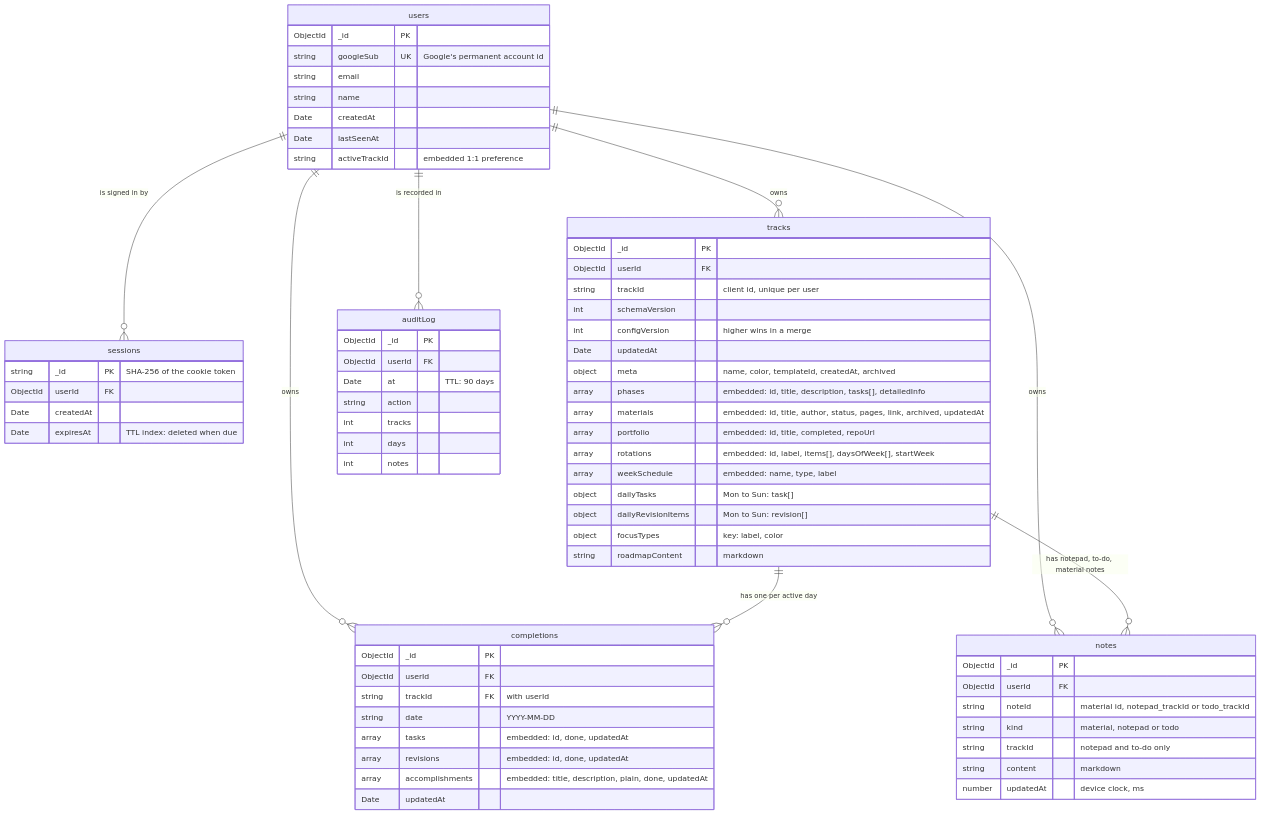
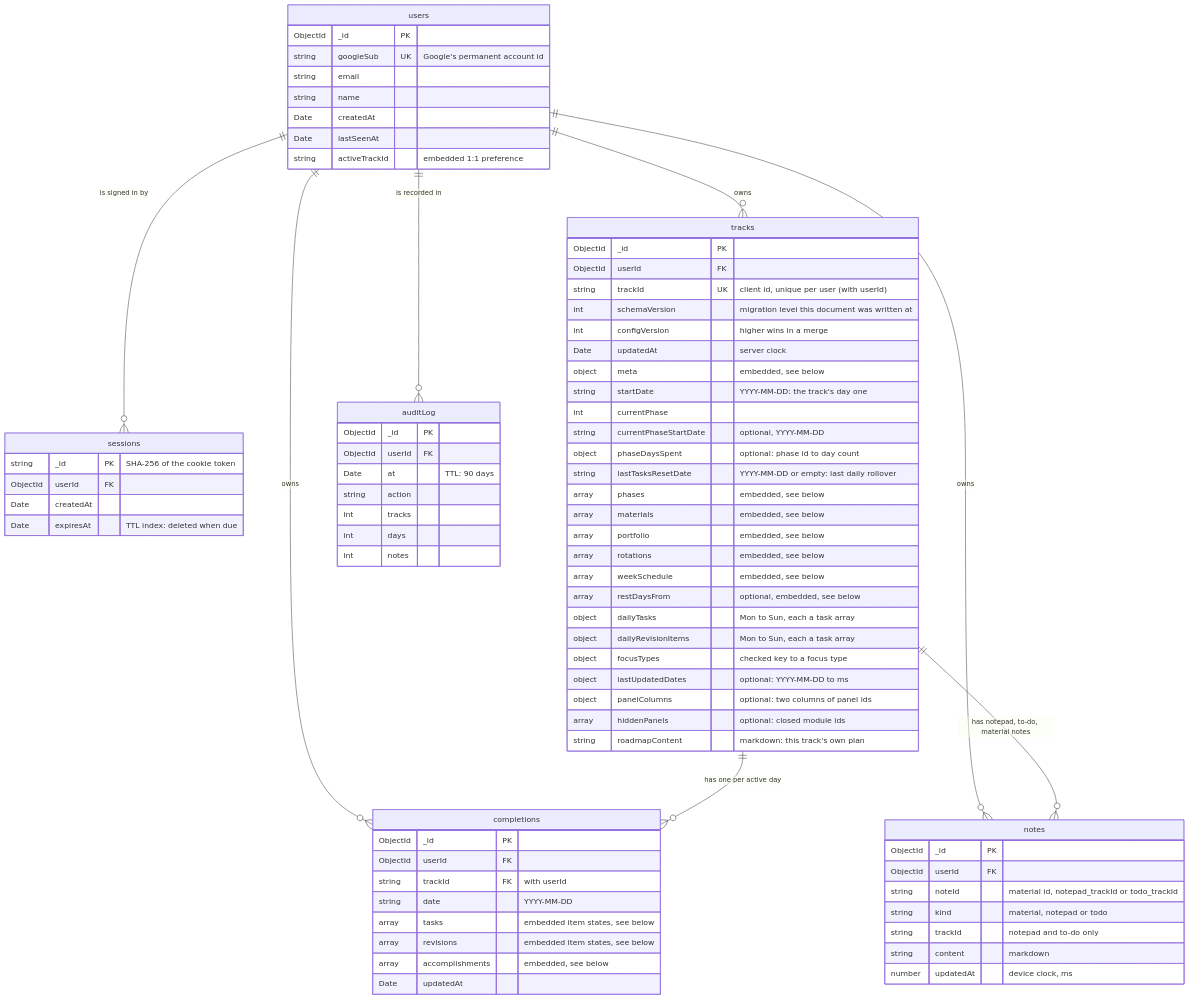
Before and after one commit to alessandrogpz/horizon-roadmap-tracker: the diagram in docs/nosql/MODEL.md, drawn with Mermaid. The commit also changed other lines of this file and 8 other files, not shown here.

````diff
--- a/docs/nosql/MODEL.md
+++ b/docs/nosql/MODEL.md
@@ -43,72 +43,81 @@
 ```mermaid
 erDiagram
   users ||--o{ sessions : "is signed in by"
   users ||--o{ tracks : owns
   users ||--o{ completions : owns
   users ||--o{ notes : owns
   users ||--o{ auditLog : "is recorded in"
   tracks ||--o{ completions : "has one per active day"
   tracks ||--o{ notes : "has notepad, to-do, material notes"
 
   users {
     ObjectId _id PK
     string googleSub UK "Google's permanent account id"
     string email
     string name
     Date createdAt
     Date lastSeenAt
     string activeTrackId "embedded 1:1 preference"
   }
   sessions {
     string _id PK "SHA-256 of the cookie token"
     ObjectId userId FK
     Date createdAt
     Date expiresAt "TTL index: deleted when due"
   }
   tracks {
     ObjectId _id PK
     ObjectId userId FK
-    string trackId "client id, unique per user"
-    int schemaVersion
+    string trackId UK "client id, unique per user (with userId)"
+    int schemaVersion "migration level this document was written at"
     int configVersion "higher wins in a merge"
-    Date updatedAt
-    object meta "name, color, templateId, createdAt, archived"
-    array phases "embedded: id, title, description, tasks[], detailedInfo"
-    array materials "embedded: id, title, author, status, pages, link, archived, updatedAt"
-    array portfolio "embedded: id, title, completed, repoUrl"
-    array rotations "embedded: id, label, items[], daysOfWeek[], startWeek"
-    array weekSchedule "embedded: name, type, label"
-    object dailyTasks "Mon to Sun: task[]"
-    object dailyRevisionItems "Mon to Sun: revision[]"
-    object focusTypes "key: label, color"
-    string roadmapContent "markdown"
+    Date updatedAt "server clock"
+    object meta "embedded, see below"
+    string startDate "YYYY-MM-DD: the track's day one"
+    int currentPhase
+    string currentPhaseStartDate "optional, YYYY-MM-DD"
+    object phaseDaysSpent "optional: phase id to day count"
+    string lastTasksResetDate "YYYY-MM-DD or empty: last daily rollover"
+    array phases "embedded, see below"
+    array materials "embedded, see below"
+    array portfolio "embedded, see below"
+    array rotations "embedded, see below"
+    array weekSchedule "embedded, see below"
+    array restDaysFrom "optional, embedded, see below"
+    object dailyTasks "Mon to Sun, each a task array"
+    object dailyRevisionItems "Mon to Sun, each a task array"
+    object focusTypes "checked key to a focus type"
+    object lastUpdatedDates "optional: YYYY-MM-DD to ms"
+    object panelColumns "optional: two columns of panel ids"
+    array hiddenPanels "optional: closed module ids"
+    string roadmapContent "markdown: this track's own plan"
   }
   completions {
     ObjectId _id PK
     ObjectId userId FK
     string trackId FK "with userId"
     string date "YYYY-MM-DD"
-    array tasks "embedded: id, done, updatedAt"
-    array revisions "embedded: id, done, updatedAt"
-    array accomplishments "embedded: title, description, plain, done, updatedAt"
+    array tasks "embedded item states, see below"
+    array revisions "embedded item states, see below"
+    array accomplishments "embedded, see below"
     Date updatedAt
   }
   notes {
     ObjectId _id PK
     ObjectId userId FK
     string noteId "material id, notepad_trackId or todo_trackId"
     string kind "material, notepad or todo"
     string trackId "notepad and to-do only"
     string content "markdown"
     number updatedAt "device clock, ms"
   }
   auditLog {
     ObjectId _id PK
     ObjectId userId FK
     Date at "TTL: 90 days"
     string action
     int tracks
     int days
     int notes
   }
 ```
````
